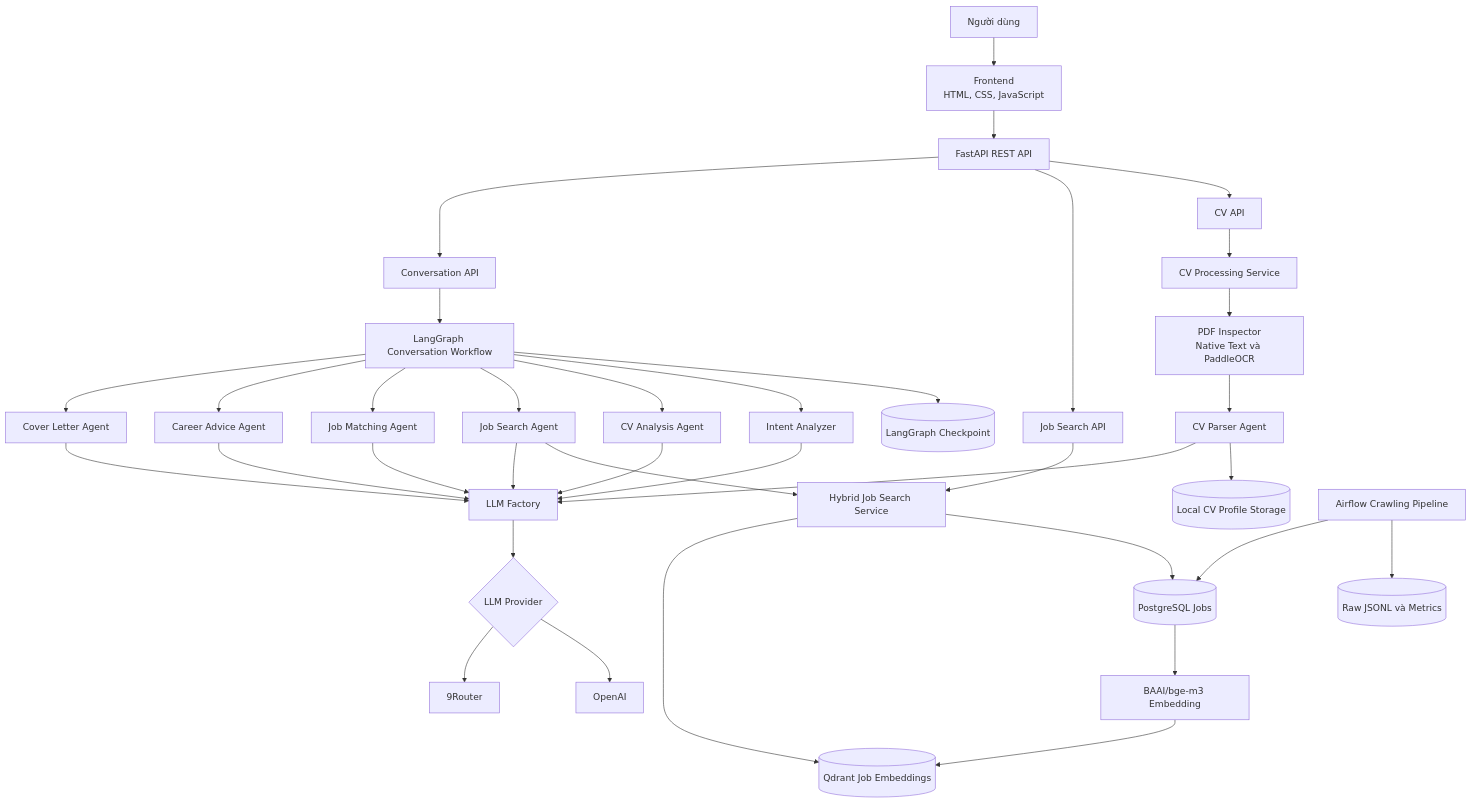
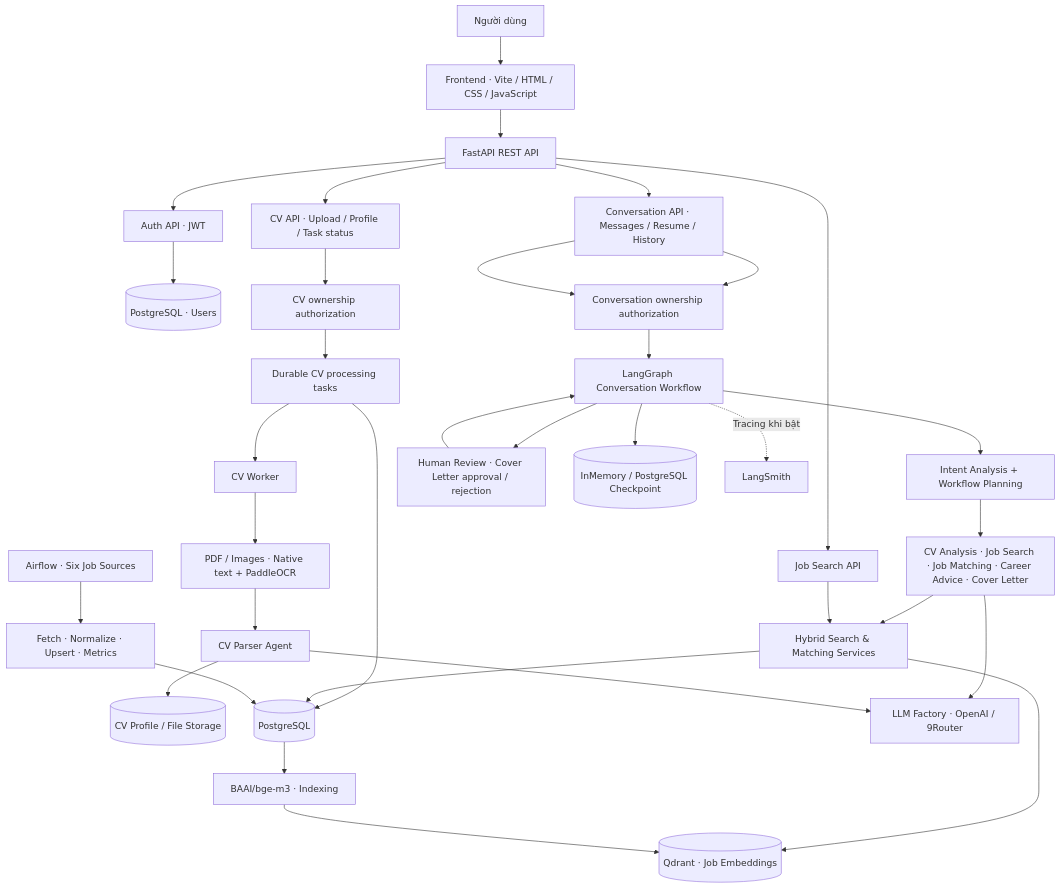
The first of 7 diagrams in docs/architecture-as-is.md (coderiukl/multi-agent-job-assistant), drawn with Mermaid before and after one commit. The commit also changed other lines of this file, not shown here.

Commit message:
docs: sync as-is architecture with auth, CV worker and HITL workflow

````diff
--- a/docs/architecture-as-is.md
+++ b/docs/architecture-as-is.md
@@ -11,47 +10,39 @@
 ```mermaid
-flowchart TD
-    USER["Người dùng"] --> FE["Frontend<br/>HTML, CSS, JavaScript"]
+flowchart TB
+    U["Người dùng"] --> FE["Frontend · Vite / HTML / CSS / JavaScript"]
     FE --> API["FastAPI REST API"]
+    API --> AUTH["Auth API · JWT"]
+    API --> CVAPI["CV API · Upload / Profile / Task status"]
+    API --> JOBAPI["Job Search API"]
+    API --> CONVAPI["Conversation API · Messages / Resume / History"]
 
-    API --> CVAPI["CV API"]
-    API --> JOBAPI["Job Search API"]
-    API --> CONVAPI["Conversation API"]
+    AUTH --> USERS[("PostgreSQL · Users")]
+    CVAPI --> OWNER["CV ownership authorization"]
+    CONVAPI --> THREADAUTH["Conversation ownership authorization"]
+    OWNER --> CVQUEUE["Durable CV processing tasks"]
+    CVQUEUE --> WORKER["CV Worker"]
+    WORKER --> EXTRACT["PDF / Images · Native text + PaddleOCR"]
+    EXTRACT --> PARSER["CV Parser Agent"]
+    PARSER --> CVS[("CV Profile / File Storage")]
+    CVQUEUE --> PG[("PostgreSQL")]
 
-    CVAPI --> CVP["CV Processing Service"]
-    CVP --> PDF["PDF Inspector<br/>Native Text và PaddleOCR"]
-    PDF --> PARSER["CV Parser Agent"]
-    PARSER --> CVSTORE[("Local CV Profile Storage")]
+    CONVAPI --> THREADAUTH
+    THREADAUTH --> GRAPH["LangGraph Conversation Workflow"]
+    GRAPH --> INTENT["Intent Analysis + Workflow Planning"]
+    INTENT --> AGENTS["CV Analysis · Job Search · Job Matching · Career Advice · Cover Letter"]
+    GRAPH --> HITL["Human Review · Cover Letter approval / rejection"]
+    HITL --> GRAPH
+    GRAPH --> CHECKPOINT[("InMemory / PostgreSQL Checkpoint")]
+    AGENTS --> SEARCH["Hybrid Search & Matching Services"]
+    JOBAPI --> SEARCH
+    SEARCH --> PG
+    SEARCH --> QD[("Qdrant · Job Embeddings")]
 
-    JOBAPI --> SEARCH["Hybrid Job Search Service"]
-
-    CONVAPI --> GRAPH["LangGraph Conversation Workflow"]
-    GRAPH --> MEMORY[("LangGraph Checkpoint")]
-
-    GRAPH --> INTENT["Intent Analyzer"]
-    GRAPH --> CVA["CV Analysis Agent"]
-    GRAPH --> JSA["Job Search Agent"]
-    GRAPH --> JMA["Job Matching Agent"]
-    GRAPH --> CAA["Career Advice Agent"]
-    GRAPH --> CLA["Cover Letter Agent"]
-
-    JSA --> SEARCH
-    SEARCH --> PG[("PostgreSQL Jobs")]
-    SEARCH --> QD[("Qdrant Job Embeddings")]
-
-    INTENT --> LLM["LLM Factory"]
+    AF["Airflow · Six Job Sources"] --> INGEST["Fetch · Normalize · Upsert · Metrics"]
+    INGEST --> PG
+    PG --> EMBED["BAAI/bge-m3 · Indexing"]
+    EMBED --> QD
+    AGENTS --> LLM["LLM Factory · OpenAI / 9Router"]
     PARSER --> LLM
-    CVA --> LLM
-    JSA --> LLM
-    JMA --> LLM
-    CAA --> LLM
-    CLA --> LLM
-
-    LLM --> PROVIDER{"LLM Provider"}
-    PROVIDER --> OPENAI["OpenAI"]
-    PROVIDER --> ROUTER["9Router"]
-
-    AF["Airflow Crawling Pipeline"] --> RAW[("Raw JSONL và Metrics")]
-    AF --> PG
-    PG --> INDEX["BAAI/bge-m3 Embedding"]
-    INDEX --> QD
+    GRAPH -. "Tracing khi bật" .-> LS["LangSmith"]
 ```
````
